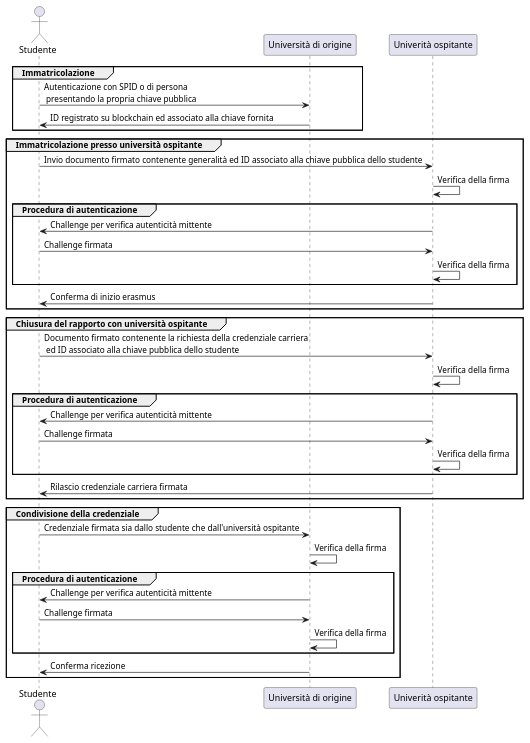
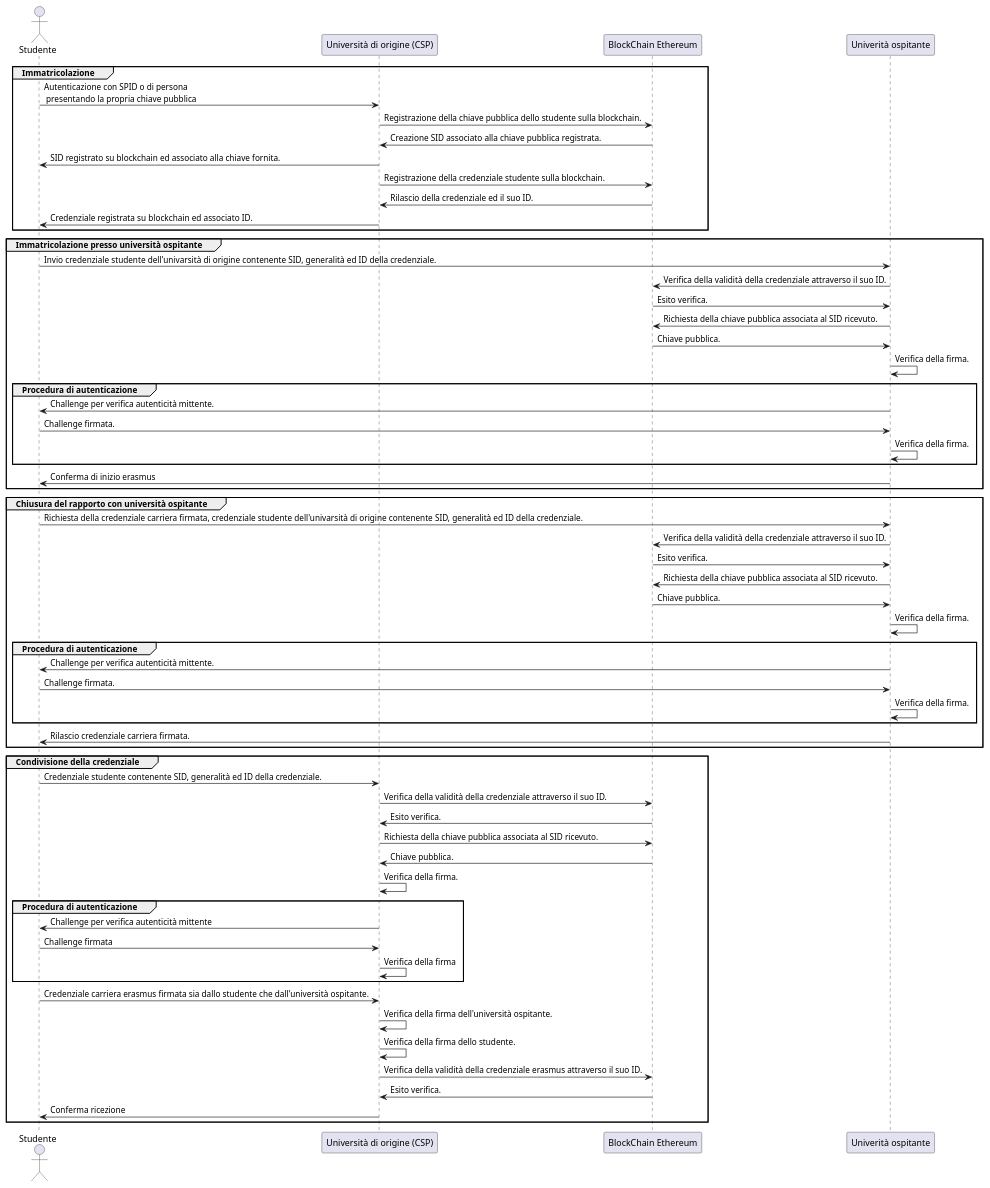
The diagram in UML/ArchitectureSequenceDiagram.puml (antocarbone/ProjectWorkAPS), drawn with PlantUML before and after one commit. The commit also changed 5 other files, not shown here.

Commit message:
uml soluzione

```diff
--- a/UML/ArchitectureSequenceDiagram.puml
+++ b/UML/ArchitectureSequenceDiagram.puml
@@ -1,44 +1,80 @@
 @startuml architecture
 actor Studente as s
-participant "Università di origine" as uorigin
+participant "Università di origine (CSP)" as uorigin
+participant "BlockChain Ethereum" as ether
 participant "Univerità ospitante" as uosp
 
 group Immatricolazione
 s -> uorigin : Autenticazione con SPID o di persona\n presentando la propria chiave pubblica
-uorigin ->  s : ID registrato su blockchain ed associato alla chiave fornita
+
+uorigin -> ether : Registrazione della chiave pubblica dello studente sulla blockchain.
+ether -> uorigin : Creazione SID associato alla chiave pubblica registrata.
+uorigin ->  s : SID registrato su blockchain ed associato alla chiave fornita.
+
+uorigin -> ether : Registrazione della credenziale studente sulla blockchain.
+ether -> uorigin : Rilascio della credenziale ed il suo ID.
+uorigin ->  s : Credenziale registrata su blockchain ed associato ID.
 end
 
 group Immatricolazione presso università ospitante
-    s -> uosp : Invio documento firmato contenente generalità ed ID associato alla chiave pubblica dello studente
-    uosp -> uosp : Verifica della firma
+    s -> uosp : Invio credenziale studente dell'univarsità di origine contenente SID, generalità ed ID della credenziale.
+    uosp -> ether : Verifica della validità della credenziale attraverso il suo ID.
+    ether -> uosp : Esito verifica.
+
+    uosp -> ether : Richiesta della chiave pubblica associata al SID ricevuto.
+    ether -> uosp : Chiave pubblica.
+    uosp -> uosp : Verifica della firma.
+
     group Procedura di autenticazione
-        uosp -> s : Challenge per verifica autenticità mittente
-        s -> uosp : Challenge firmata
-        uosp -> uosp : Verifica della firma
+        uosp -> s : Challenge per verifica autenticità mittente.
+        s -> uosp : Challenge firmata.
+        uosp -> uosp : Verifica della firma.
     end
+
     uosp -> s : Conferma di inizio erasmus
 end
 
 group Chiusura del rapporto con università ospitante
-    s -> uosp : Documento firmato contenente la richiesta della credenziale carriera \n ed ID associato alla chiave pubblica dello studente
-    uosp -> uosp : Verifica della firma
+    s -> uosp : Richiesta della credenziale carriera firmata, credenziale studente dell'univarsità di origine contenente SID, generalità ed ID della credenziale.
+    uosp -> ether : Verifica della validità della credenziale attraverso il suo ID.
+    ether -> uosp : Esito verifica.
+
+    uosp -> ether : Richiesta della chiave pubblica associata al SID ricevuto.
+    ether -> uosp : Chiave pubblica.
+    uosp -> uosp : Verifica della firma.
+
     group Procedura di autenticazione
-        uosp -> s : Challenge per verifica autenticità mittente
-        s -> uosp : Challenge firmata
-        uosp -> uosp : Verifica della firma
+        uosp -> s : Challenge per verifica autenticità mittente.
+        s -> uosp : Challenge firmata.
+        uosp -> uosp : Verifica della firma.
     end
-    uosp -> s : Rilascio credenziale carriera firmata
+
+    uosp -> s : Rilascio credenziale carriera firmata.
 end
 
 group Condivisione della credenziale
-    s -> uorigin : Credenziale firmata sia dallo studente che dall'università ospitante
-    uorigin -> uorigin : Verifica della firma
+    s -> uorigin : Credenziale studente contenente SID, generalità ed ID della credenziale.
+    uorigin -> ether : Verifica della validità della credenziale attraverso il suo ID.
+    ether -> uorigin : Esito verifica.
+
+    uorigin -> ether : Richiesta della chiave pubblica associata al SID ricevuto.
+    ether -> uorigin : Chiave pubblica.
+    uorigin -> uorigin : Verifica della firma.
+
     group Procedura di autenticazione
         uorigin -> s : Challenge per verifica autenticità mittente
         s -> uorigin : Challenge firmata
         uorigin -> uorigin : Verifica della firma
     end
+
+    s -> uorigin : Credenziale carriera erasmus firmata sia dallo studente che dall'università ospitante.
+    uorigin -> uorigin : Verifica della firma dell'università ospitante.
+    uorigin -> uorigin : Verifica della firma dello studente.
+    
+    uorigin -> ether : Verifica della validità della credenziale erasmus attraverso il suo ID.
+    ether -> uorigin : Esito verifica.
+
     uorigin -> s : Conferma ricezione
 end
 
 @enduml
```
